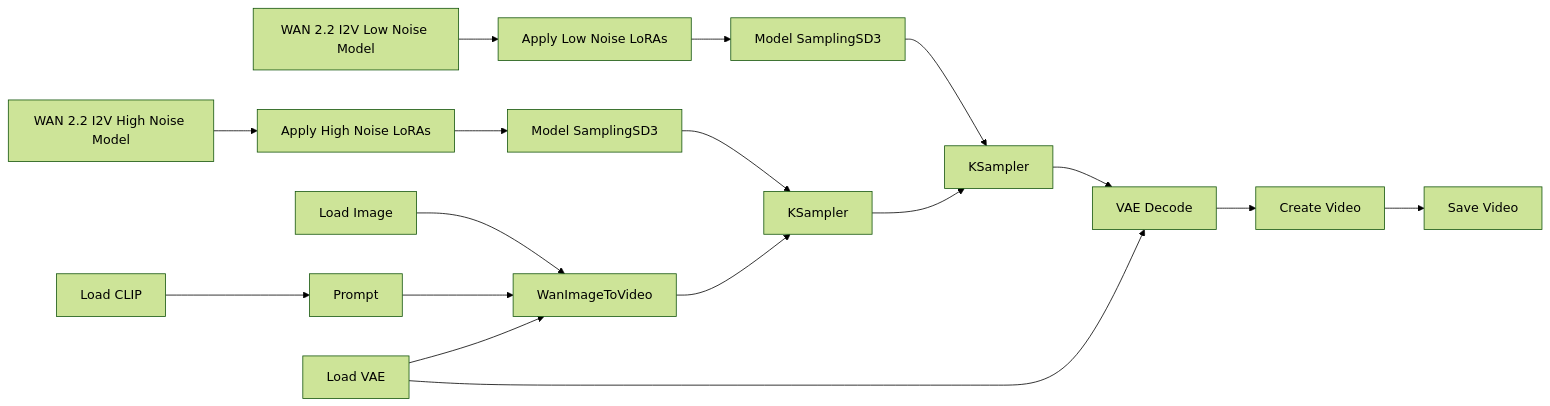
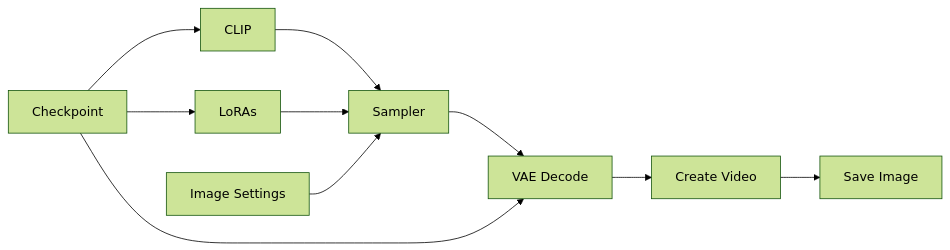
Before and after one commit to felipebottega/AI-Audiovisual-Lab: the diagram in ComfyUI/Guide-ComfyUI-T2I.md, drawn with Mermaid (forest theme). The commit also changed other lines of this file, not shown here.

````diff
--- a/ComfyUI/Guide-ComfyUI-T2I.md
+++ b/ComfyUI/Guide-ComfyUI-T2I.md
@@ -16,10 +7,9 @@
 ```mermaid
 flowchart LR
-    A1[WAN 2.2 I2V High Noise Model] --> B1[Apply High Noise LoRAs] --> C1[Model SamplingSD3] --> D1[KSampler]
-    A2[WAN 2.2 I2V Low Noise Model] --> B2[Apply Low Noise LoRAs] --> C2[Model SamplingSD3] --> D2[KSampler]
-    D1 --> D2 --> E[VAE Decode] --> F[Create Video] --> G[Save Video]
-    A3[Load Image] --> B3[WanImageToVideo] --> D1
-    A4[Load CLIP] --> B4[Prompt] --> B3
-    A5[Load VAE] --> B3
-    A5 --> E
+    A[Checkpoint] --> B[CLIP]
+    B --> D
+    A --> C[LoRAs] --> D[Sampler]
+    E[Image Settings] --> D
+    D --> F[VAE Decode] --> G[Create Video] --> H[Save Image]
+    A --> F
 ```
````
